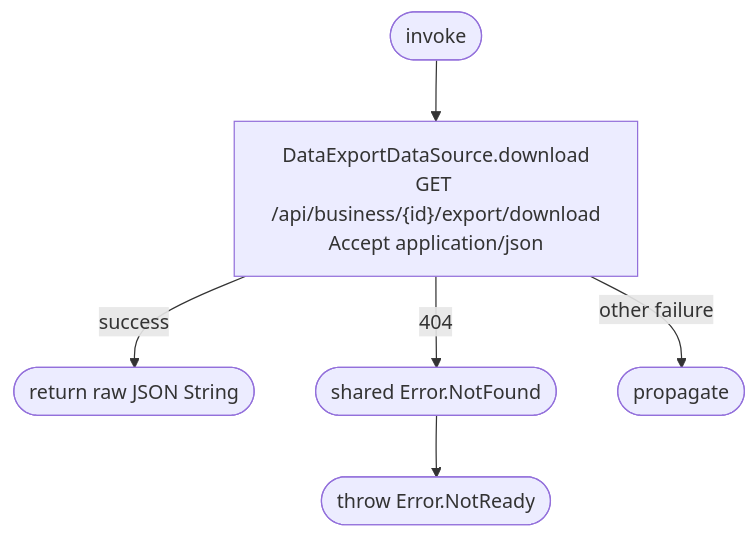
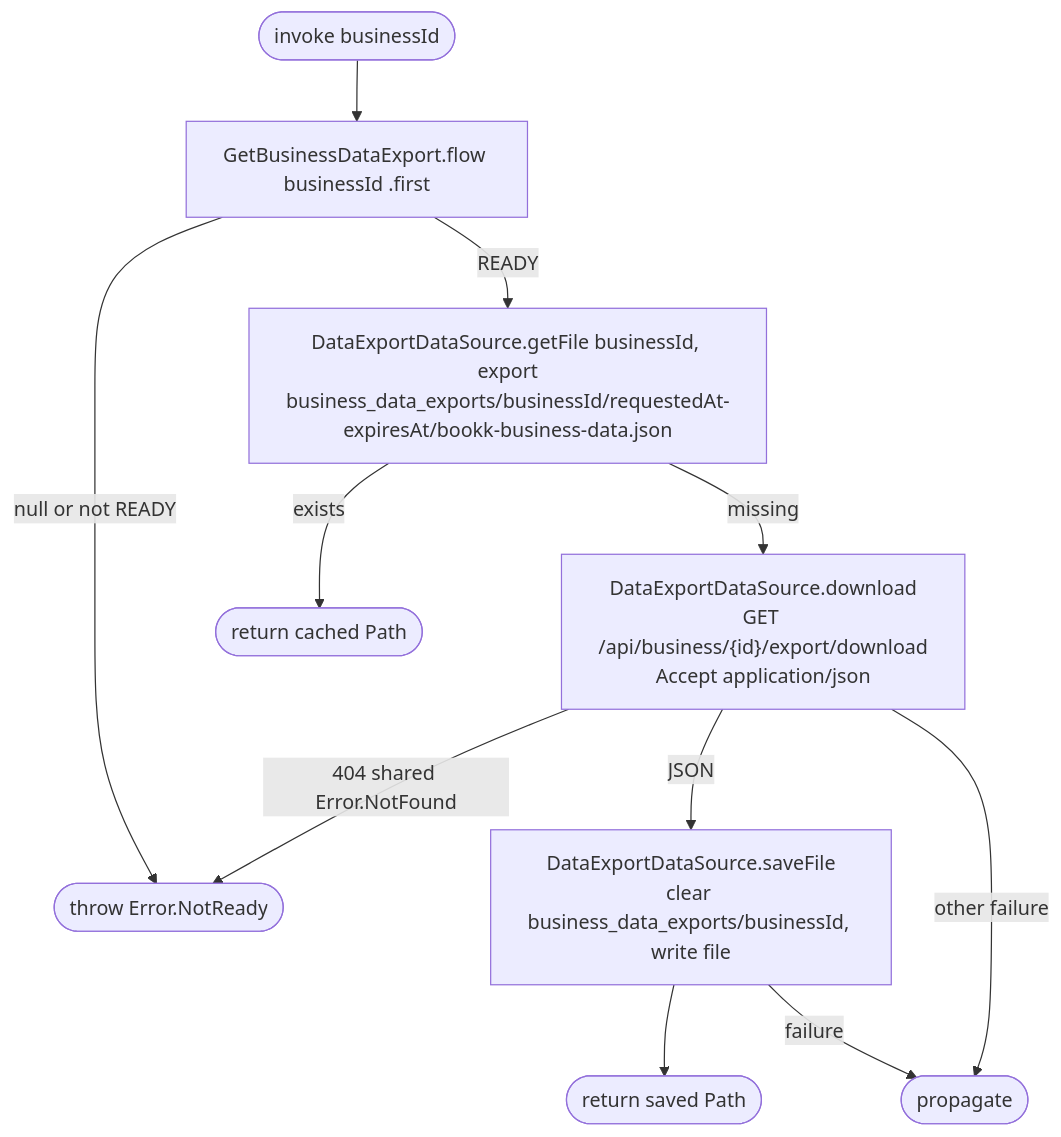
Before and after one commit to nocturneproperties/bookkme-client: the diagram in docs/operations/business/download-business-data-export.md, drawn with Mermaid. The commit also changed other lines of this file and 81 other files, not shown here.

Commit message:
[ISSUE-132] business data export

````diff
--- a/docs/operations/business/download-business-data-export.md
+++ b/docs/operations/business/download-business-data-export.md
@@ -7,8 +8,13 @@
 ```mermaid
 flowchart TD
-    Start([invoke]) --> Net["DataExportDataSource.download<br/>GET /api/business/{id}/export/download<br/>Accept application/json"]
-    Net -- success --> R([return raw JSON String])
-    Net -- 404 --> SharedMissing([shared Error.NotFound])
-    SharedMissing --> Missing([throw Error.NotReady])
+    Start([invoke businessId]) --> Status[GetBusinessDataExport.flow businessId .first]
+    Status -- null or not READY --> NotReady([throw Error.NotReady])
+    Status -- READY --> Cached[DataExportDataSource.getFile businessId, export<br/>business_data_exports/businessId/requestedAt-expiresAt/bookk-business-data.json]
+    Cached -- exists --> Path([return cached Path])
+    Cached -- missing --> Net["DataExportDataSource.download<br/>GET /api/business/{id}/export/download<br/>Accept application/json"]
+    Net -- 404 shared Error.NotFound --> NotReady
+    Net -- JSON --> Save[DataExportDataSource.saveFile<br/>clear business_data_exports/businessId, write file]
+    Save --> Saved([return saved Path])
     Net -- other failure --> Other([propagate])
+    Save -- failure --> Other
 ```
````
